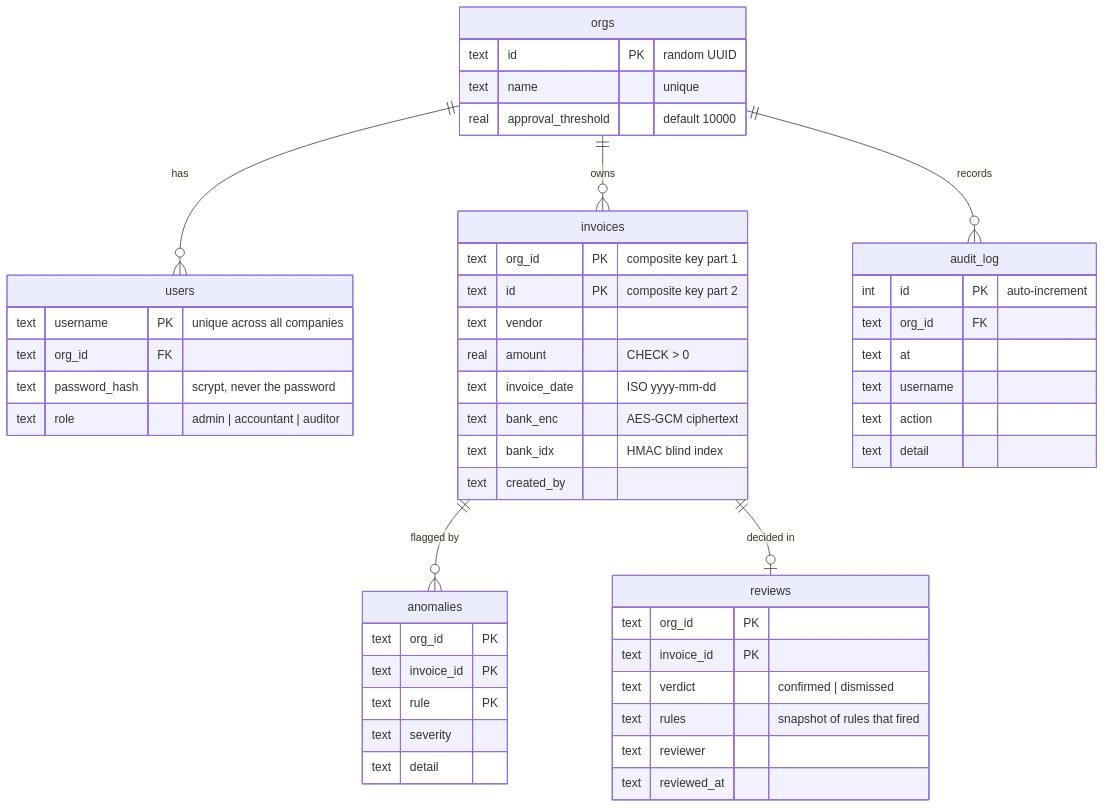
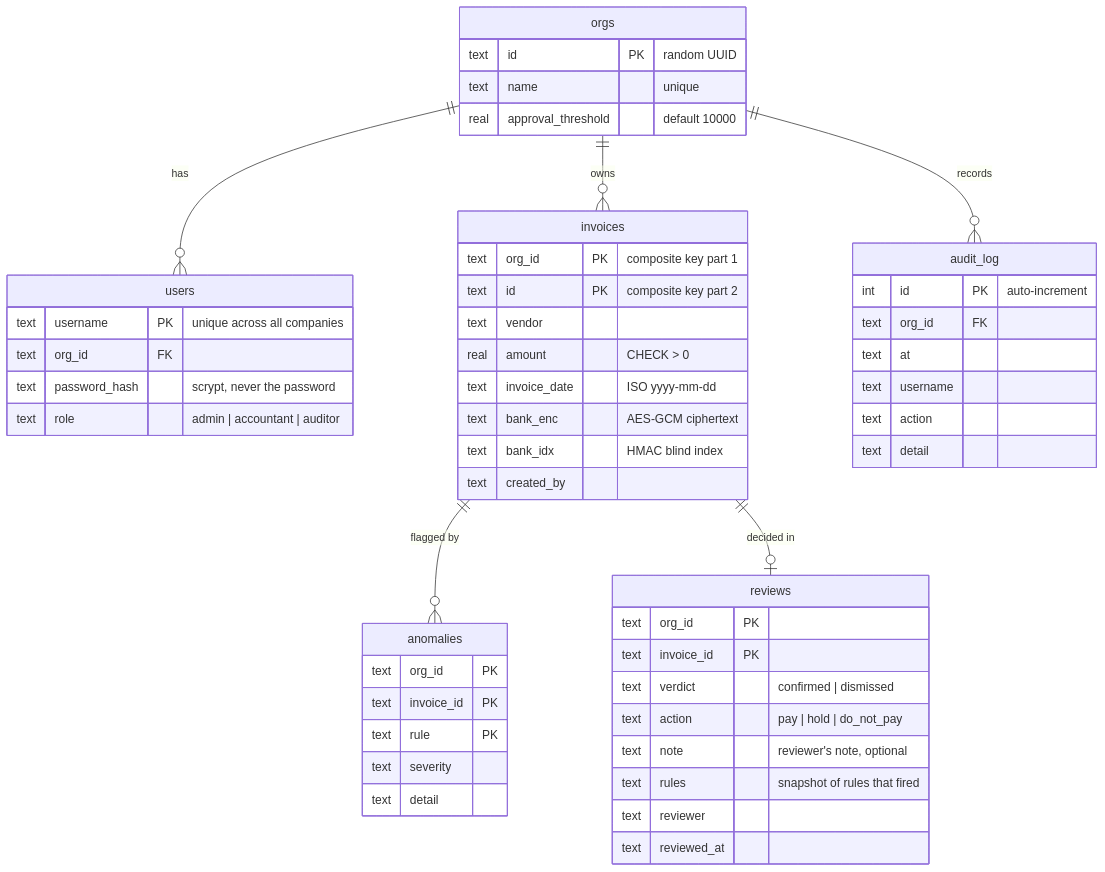
The fourth of 7 diagrams in docs/HOW-IT-WORKS.md (cam123-cpu/Invoice-Anomaly-Detector), drawn with Mermaid before and after one commit. The commit also changed other lines of this file and 18 other files, not shown here.

````diff
--- a/docs/HOW-IT-WORKS.md
+++ b/docs/HOW-IT-WORKS.md
@@ -303,52 +312,54 @@
 ```mermaid
 erDiagram
     orgs ||--o{ users : "has"
     orgs ||--o{ invoices : "owns"
     orgs ||--o{ audit_log : "records"
     invoices ||--o{ anomalies : "flagged by"
     invoices ||--o| reviews : "decided in"
     orgs {
         text id PK "random UUID"
         text name "unique"
         real approval_threshold "default 10000"
     }
     users {
         text username PK "unique across all companies"
         text org_id FK
         text password_hash "scrypt, never the password"
         text role "admin | accountant | auditor"
     }
     invoices {
         text org_id PK "composite key part 1"
         text id PK "composite key part 2"
         text vendor
         real amount "CHECK > 0"
         text invoice_date "ISO yyyy-mm-dd"
         text bank_enc "AES-GCM ciphertext"
         text bank_idx "HMAC blind index"
         text created_by
     }
     anomalies {
         text org_id PK
         text invoice_id PK
         text rule PK
         text severity
         text detail
     }
     reviews {
         text org_id PK
         text invoice_id PK
         text verdict "confirmed | dismissed"
+        text action "pay | hold | do_not_pay"
+        text note "reviewer's note, optional"
         text rules "snapshot of rules that fired"
         text reviewer
         text reviewed_at
     }
     audit_log {
         int id PK "auto-increment"
         text org_id FK
         text at
         text username
         text action
         text detail
     }
 ```
````
